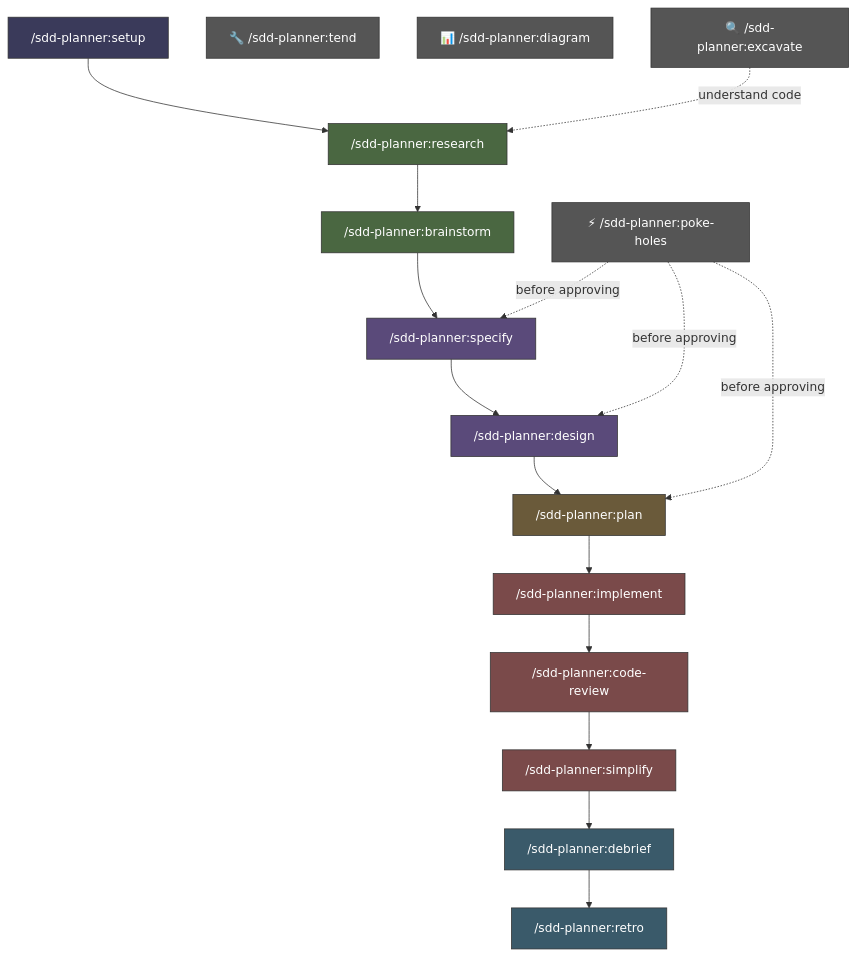
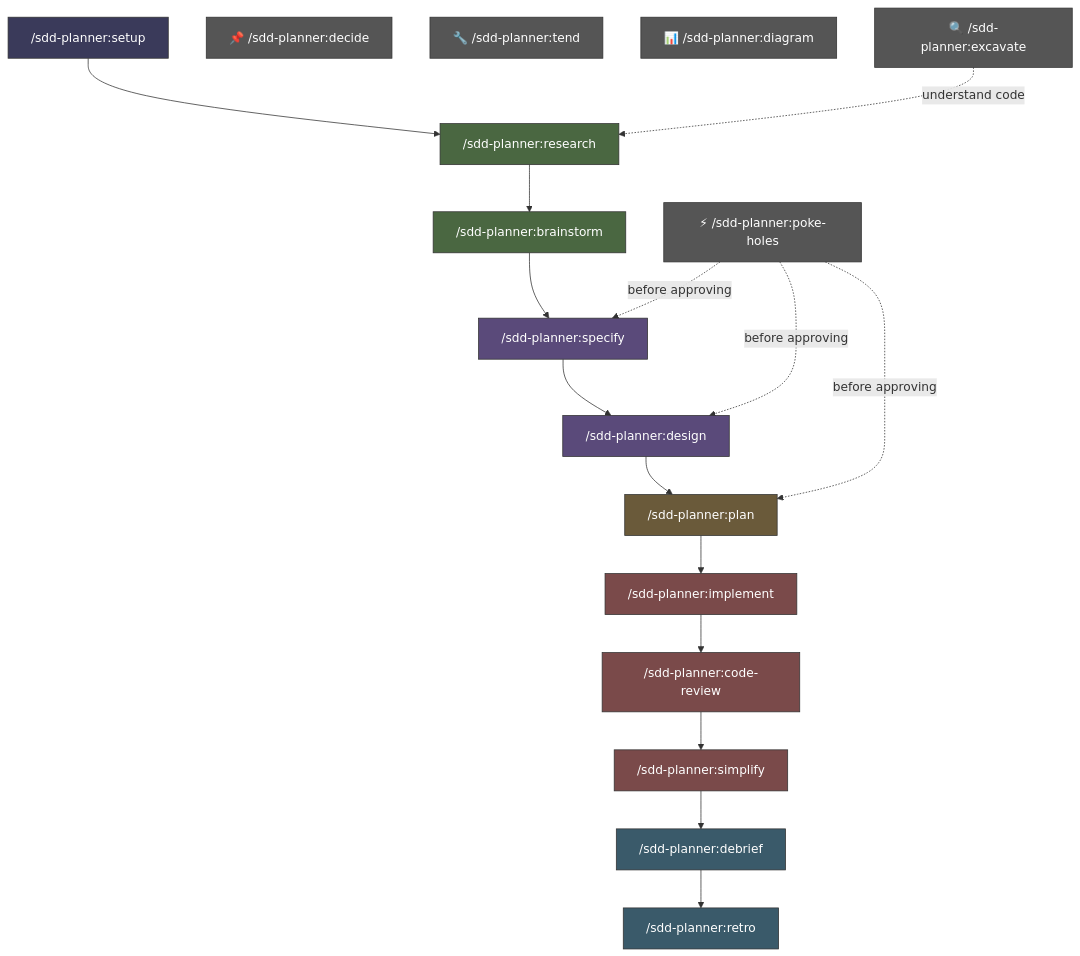
The second of 4 diagrams in README.md (danweinerdev/ai-agentic-sdd-planner), drawn with Mermaid before and after one commit. The commit also changed other lines of this file and 28 other files, not shown here.

````diff
--- a/README.md
+++ b/README.md
@@ -103,39 +104,40 @@
 ```mermaid
 graph TD
     setup["/sdd-planner:setup"] --> research["/sdd-planner:research"]
     research --> brainstorm["/sdd-planner:brainstorm"]
     brainstorm --> specify["/sdd-planner:specify"]
     specify --> design["/sdd-planner:design"]
     design --> plan["/sdd-planner:plan"]
     plan --> implement["/sdd-planner:implement"]
     implement --> codereview["/sdd-planner:code-review"]
     codereview --> simplify["/sdd-planner:simplify"]
     simplify --> debrief["/sdd-planner:debrief"]
     debrief --> retro["/sdd-planner:retro"]
 
     poke["⚡ /sdd-planner:poke-holes"]
+    decide["📌 /sdd-planner:decide"]
     tend["🔧 /sdd-planner:tend"]
     diagram["📊 /sdd-planner:diagram"]
     excavate["🔍 /sdd-planner:excavate"]
 
     poke -. "before approving" .-> specify
     poke -. "before approving" .-> design
     poke -. "before approving" .-> plan
     excavate -. "understand code" .-> research
 
     classDef setupC fill:#3a3a5a,stroke:#333,color:#fff
     classDef discovery fill:#4a6741,stroke:#333,color:#fff
     classDef definition fill:#5a4a7a,stroke:#333,color:#fff
     classDef execution fill:#6a5a3a,stroke:#333,color:#fff
     classDef implementation fill:#7a4a4a,stroke:#333,color:#fff
     classDef review fill:#3a5a6a,stroke:#333,color:#fff
     classDef utility fill:#555,stroke:#333,color:#fff
 
     class setup setupC
     class research,brainstorm discovery
     class specify,design definition
     class plan execution
     class implement,codereview,simplify implementation
     class debrief,retro review
-    class poke,tend,diagram,excavate utility
+    class poke,decide,tend,diagram,excavate utility
 ```
````
